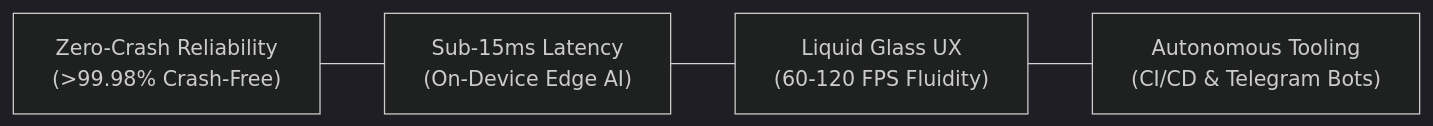
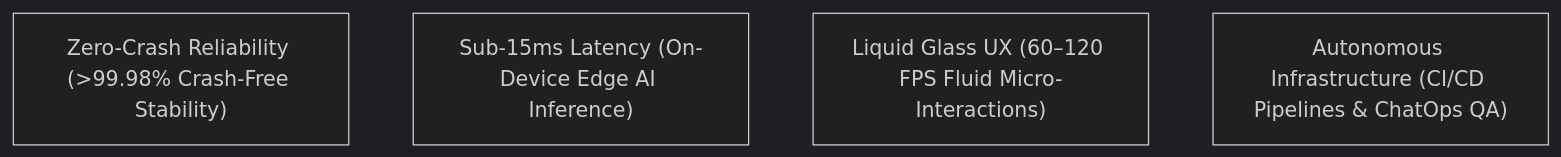
The diagram in README.md (Brosfeer/Brosfeer), drawn with Mermaid (dark theme) before and after one commit. The commit also changed other lines of this file, not shown here.

````diff
--- a/README.md
+++ b/README.md
@@ -72,6 +72,7 @@
 ```mermaid
-graph LR
-    Pillar1["Zero-Crash Reliability<br/>(>99.98% Crash-Free)"] --- Pillar2["Sub-15ms Latency<br/>(On-Device Edge AI)"]
-    Pillar2 --- Pillar3["Liquid Glass UX<br/>(60-120 FPS Fluidity)"]
-    Pillar3 --- Pillar4["Autonomous Tooling<br/>(CI/CD & Telegram Bots)"]
+flowchart TD
+    P1["Zero-Crash Reliability (>99.98% Crash-Free Stability)"]
+    P2["Sub-15ms Latency (On-Device Edge AI Inference)"]
+    P3["Liquid Glass UX (60–120 FPS Fluid Micro-Interactions)"]
+    P4["Autonomous Infrastructure (CI/CD Pipelines & ChatOps QA)"]
 ```
````
